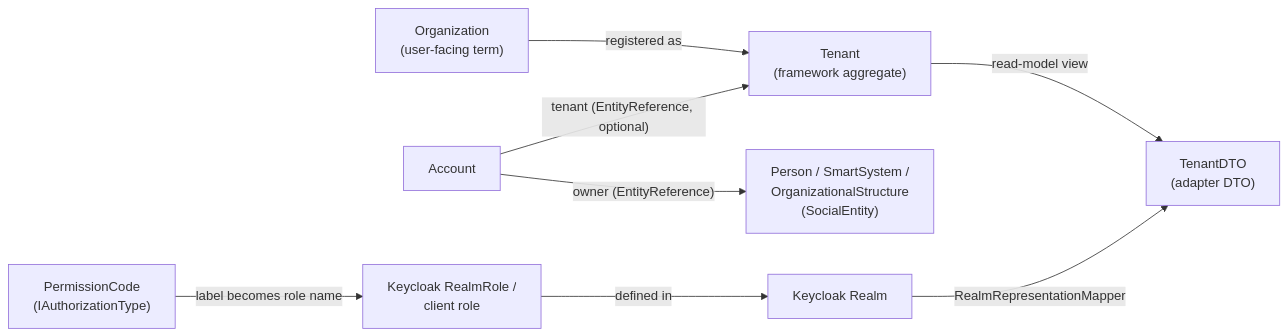
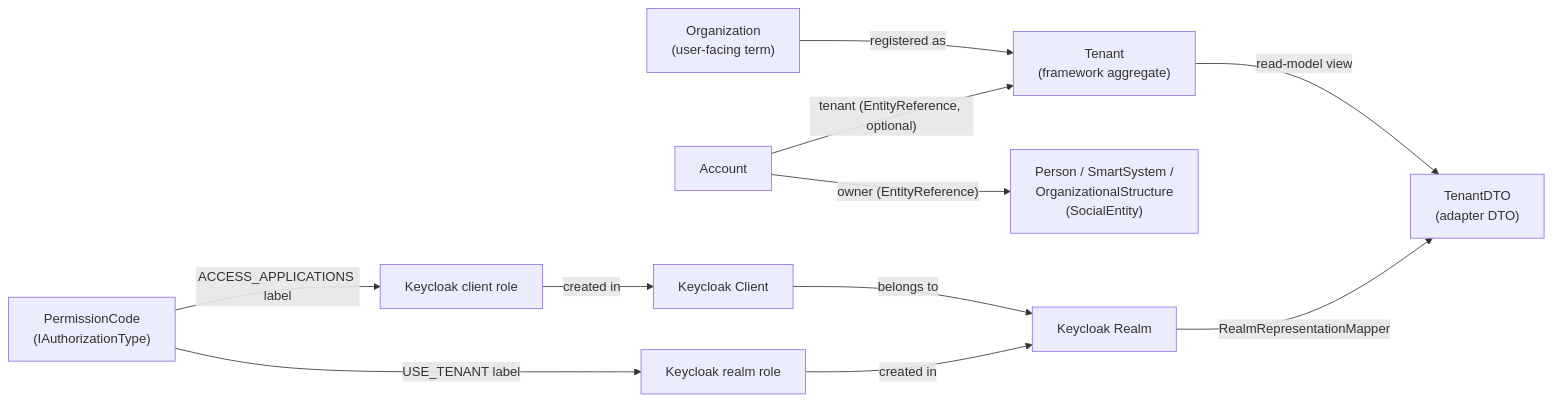
One commit to cybnity/domain-access-control changed the diagram in docs/domain-vocabulary.md. Above: the diagram before and after it, drawn with Mermaid. The commit also changed other lines of this file, not shown here.

Commit message:
docs: split realm/client roles in vocabulary diagram; emitted tenant events

````diff
--- a/docs/domain-vocabulary.md
+++ b/docs/domain-vocabulary.md
@@ -29,10 +29,13 @@
 ```mermaid
 flowchart LR
   Org["Organization<br/>(user-facing term)"] -- "registered as" --> Tenant["Tenant<br/>(framework aggregate)"]
   Tenant -- "read-model view" --> TenantDTO["TenantDTO<br/>(adapter DTO)"]
   Realm["Keycloak Realm"] -- "RealmRepresentationMapper" --> TenantDTO
   Account["Account"] -- "owner (EntityReference)" --> Subject["Person / SmartSystem /<br/>OrganizationalStructure<br/>(SocialEntity)"]
   Account -- "tenant (EntityReference, optional)" --> Tenant
-  PermissionCode["PermissionCode<br/>(IAuthorizationType)"] -- "label becomes role name" --> KcRole["Keycloak RealmRole /<br/>client role"]
-  KcRole -- "defined in" --> Realm
+  PermissionCode["PermissionCode<br/>(IAuthorizationType)"] -- "USE_TENANT label" --> RealmRole["Keycloak realm role"]
+  PermissionCode -- "ACCESS_APPLICATIONS label" --> ClientRole["Keycloak client role"]
+  RealmRole -- "created in" --> Realm
+  ClientRole -- "created in" --> Client["Keycloak Client"]
+  Client -- "belongs to" --> Realm
 ```
````
